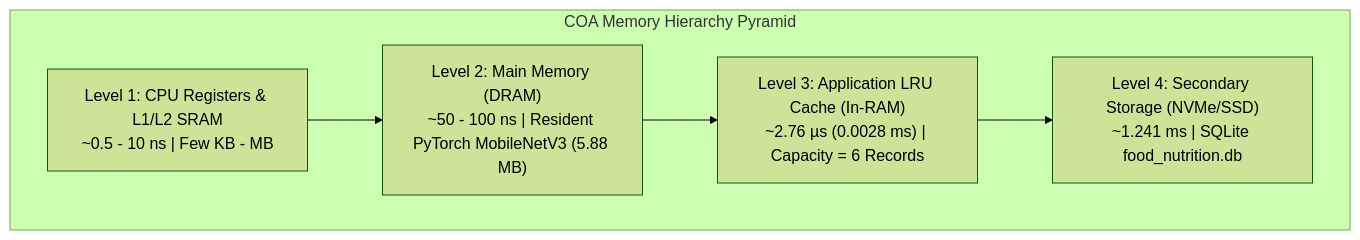
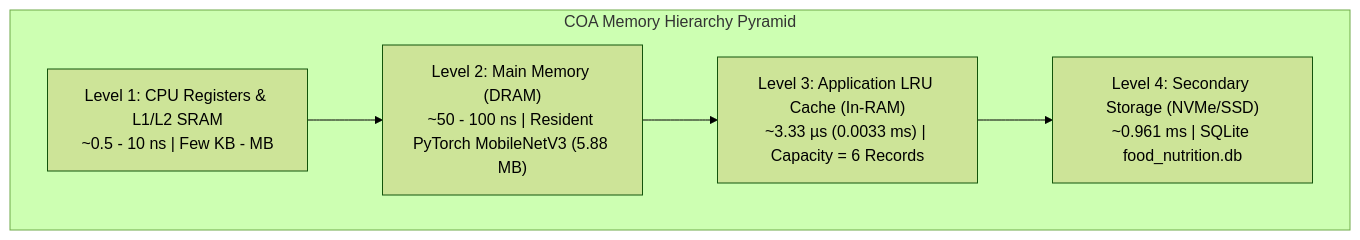
Before and after one commit to IVS-Kushwanth/Food-Recognition-Nutrition-Tracker: the diagram in reports/coa/MEMORY_HIERARCHY_AND_CACHE_ARCHITECTURE.md, drawn with Mermaid (forest theme). The commit also changed other lines of this file and 7 other files, not shown here.

````diff
--- a/reports/coa/MEMORY_HIERARCHY_AND_CACHE_ARCHITECTURE.md
+++ b/reports/coa/MEMORY_HIERARCHY_AND_CACHE_ARCHITECTURE.md
@@ -22,13 +22,13 @@
 ```mermaid
 flowchart TD
     subgraph Hierarchy["COA Memory Hierarchy Pyramid"]
         L1["Level 1: CPU Registers & L1/L2 SRAM<br/>~0.5 - 10 ns | Few KB - MB"]
         L2["Level 2: Main Memory (DRAM)<br/>~50 - 100 ns | Resident PyTorch MobileNetV3 (5.88 MB)"]
-        L3["Level 3: Application LRU Cache (In-RAM)<br/>~2.76 µs (0.0028 ms) | Capacity = 6 Records"]
-        L4["Level 4: Secondary Storage (NVMe/SSD)<br/>~1.241 ms | SQLite food_nutrition.db"]
+        L3["Level 3: Application LRU Cache (In-RAM)<br/>~3.33 µs (0.0033 ms) | Capacity = 6 Records"]
+        L4["Level 4: Secondary Storage (NVMe/SSD)<br/>~0.961 ms | SQLite food_nutrition.db"]
     end
 
     L1 --> L2
     L2 --> L3
     L3 --> L4
 ```
````
